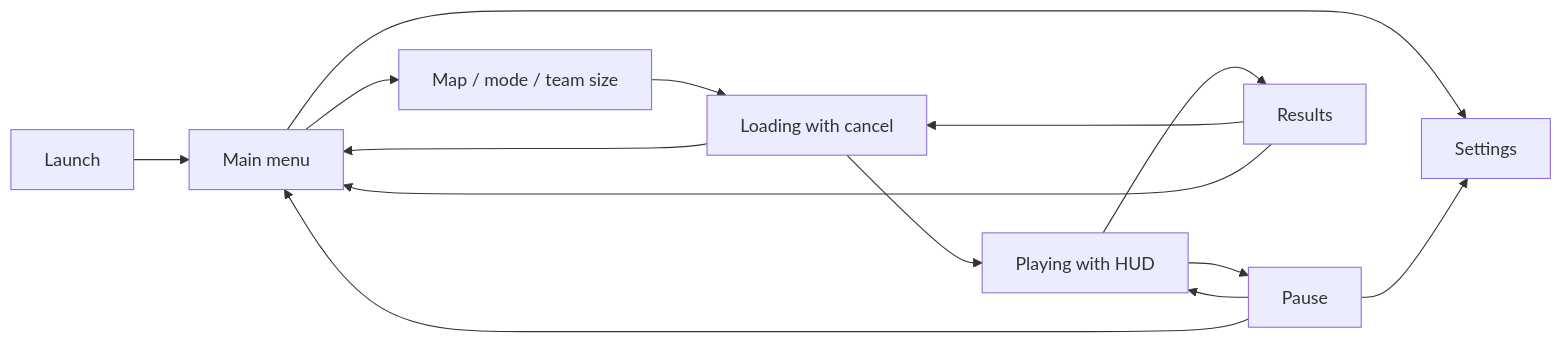
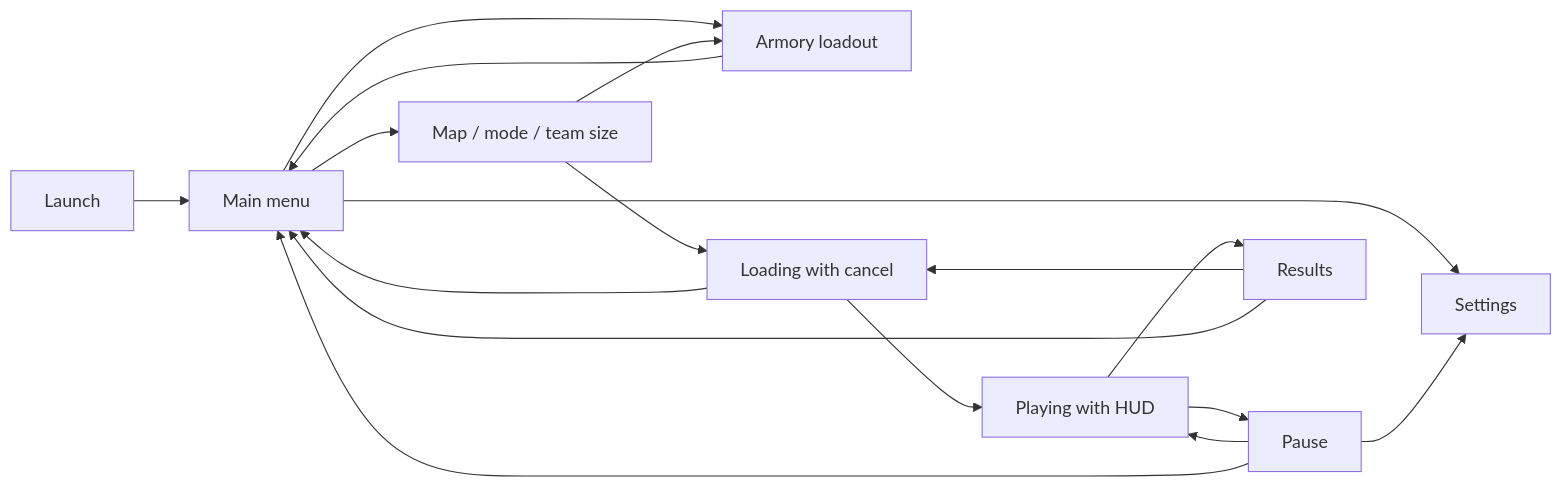
The diagram in docs/features/game-shell.md (Maks417/shooter), drawn with Mermaid before and after one commit. The commit also changed other lines of this file and 84 other files, not shown here.

````diff
--- a/docs/features/game-shell.md
+++ b/docs/features/game-shell.md
@@ -9,16 +9,19 @@
 ```mermaid
 flowchart LR
   Launch --> Main[Main menu]
   Main --> Setup[Map / mode / team size]
+  Main --> Armory[Armory loadout]
+  Setup --> Armory
+  Armory --> Main
   Main --> Settings
   Setup --> Load[Loading with cancel]
   Load --> Match[Playing with HUD]
   Load --> Main
   Match --> Pause
   Pause --> Match
   Pause --> Settings
   Pause --> Main
   Match --> Results
   Results --> Load
   Results --> Main
 ```
````
